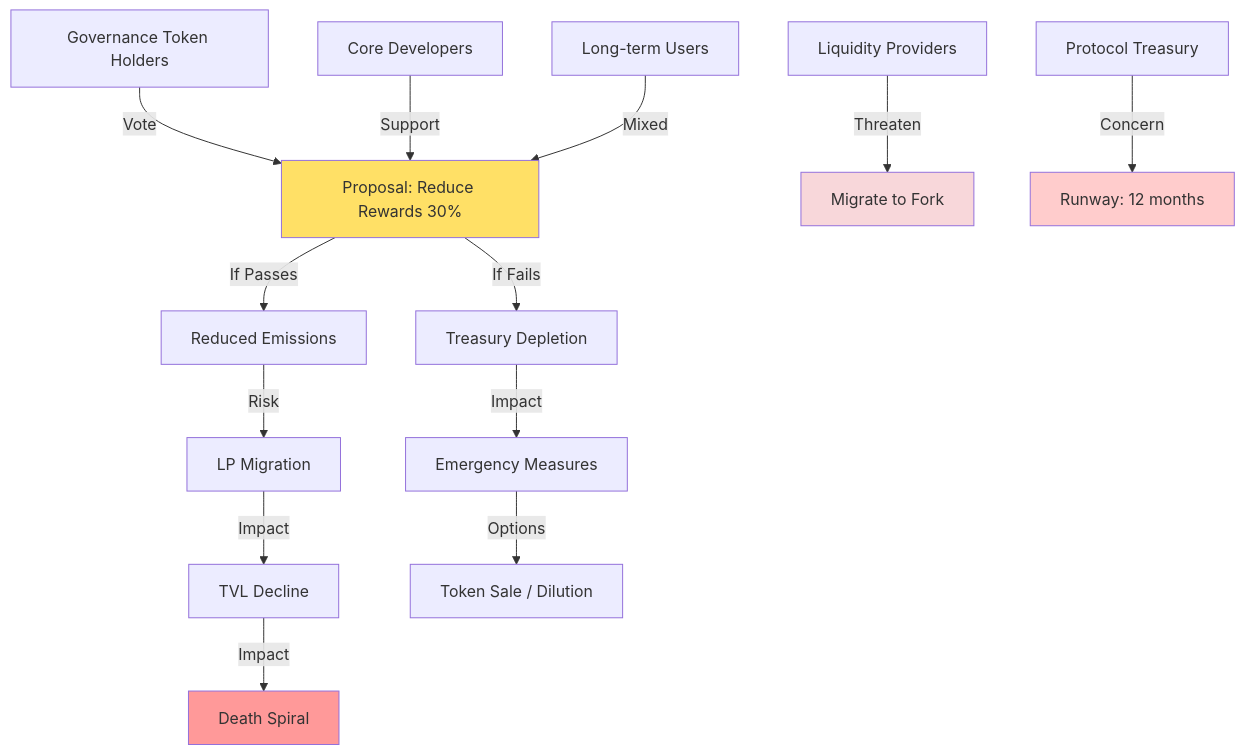
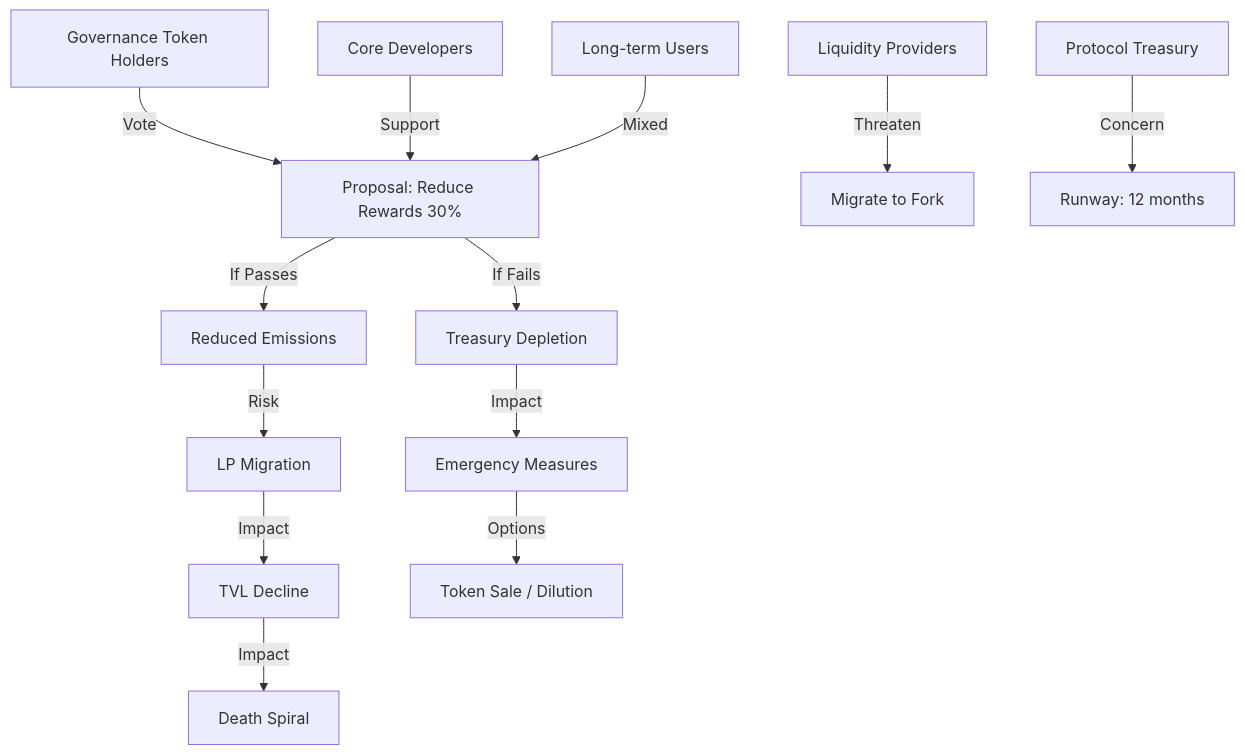
Before and after one commit to ljg-cqu/knowledge: diagram 16 of 23 in Industry/Blockchain/Blockchain/ValueChain/QA_MistralAI.md, drawn with Mermaid. The commit also changed other lines of this file, not shown here.

Commit message:
Enhance value chain analysis in QA_MistralAI.md by refining flow diagrams and adding key characteristics. Improved clarity on capital cycles, fee flows, and governance mechanisms to better illustrate stakeholder interactions and regulatory impacts.

````diff
--- a/Industry/Blockchain/Blockchain/ValueChain/QA_MistralAI.md
+++ b/Industry/Blockchain/Blockchain/ValueChain/QA_MistralAI.md
@@ -1194,23 +1180,19 @@
 ```mermaid
 graph TD
     A[Governance Token Holders] -->|Vote| B[Proposal: Reduce Rewards 30%]
     C[Liquidity Providers] -->|Threaten| D[Migrate to Fork]
     E[Protocol Treasury] -->|Concern| F[Runway: 12 months]
     G[Core Developers] -->|Support| B
     H[Long-term Users] -->|Mixed| B
     
     B -->|If Passes| I[Reduced Emissions]
     B -->|If Fails| J[Treasury Depletion]
     
     I -->|Risk| K[LP Migration]
     K -->|Impact| L[TVL Decline]
     L -->|Impact| M[Death Spiral]
     
     J -->|Impact| N[Emergency Measures]
     N -->|Options| O[Token Sale / Dilution]
     
-    style B fill:#ffe066
-    style D fill:#f8d7da
-    style F fill:#ffcccc
-    style M fill:#ff9999
 ```
````
